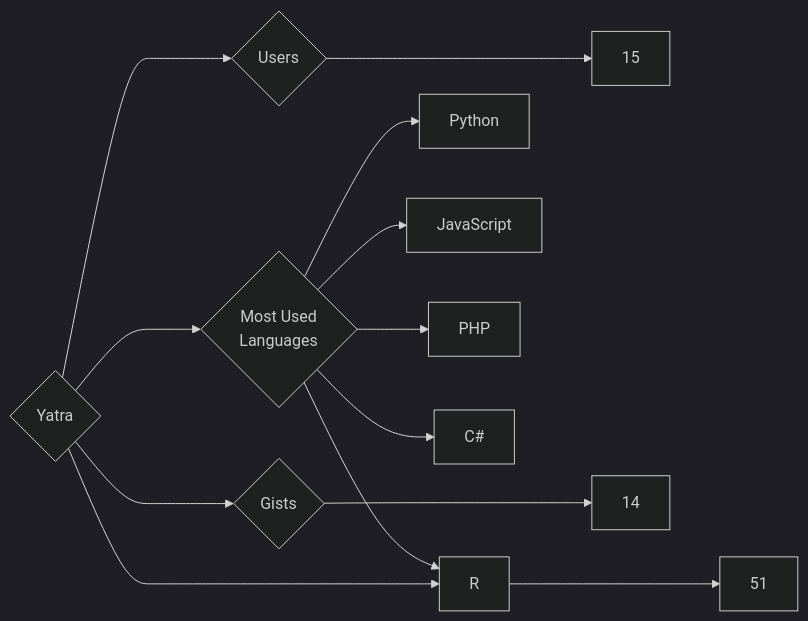
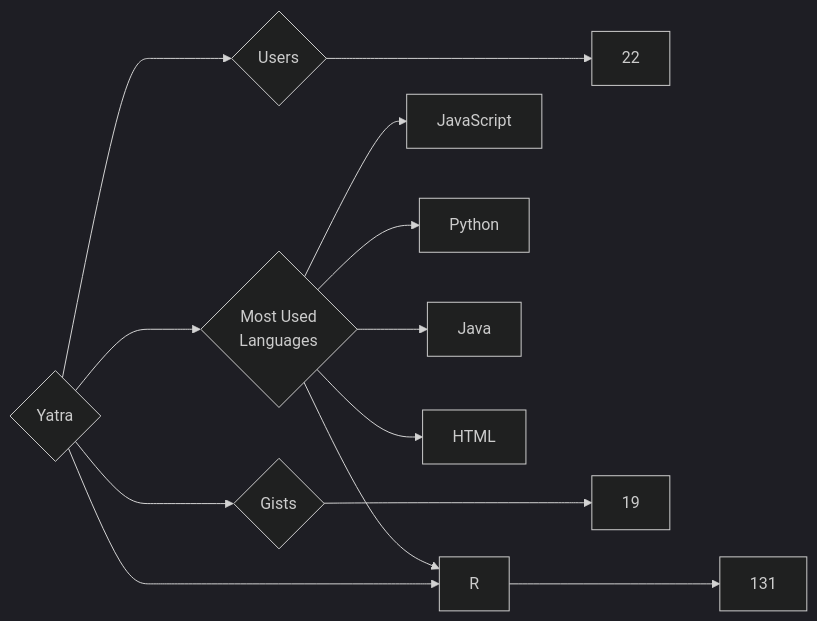
Before and after one commit to trickest/insiders: the diagram in targets/Yatra/README.md, drawn with Mermaid (dark theme). The commit also changed 829 other files, not shown here.

````diff
--- a/targets/Yatra/README.md
+++ b/targets/Yatra/README.md
@@ -3,13 +3,13 @@
 ```mermaid
 graph LR
 COMPANY_NAME{Yatra}
-COMPANY_NAME ---> U{Users} ---> UN[15]
-COMPANY_NAME ---> R{Repositories} ---> RN[51]
-COMPANY_NAME ---> G{Gists} ---> GN[14]
+COMPANY_NAME ---> U{Users} ---> UN[22]
+COMPANY_NAME ---> R{Repositories} ---> RN[131]
+COMPANY_NAME ---> G{Gists} ---> GN[19]
 COMPANY_NAME ---> ML{Most Used<br>Languages}
+ML --> JavaScript[JavaScript]
 ML --> Python[Python]
 ML --> R[R]
-ML --> JavaScript[JavaScript]
-ML --> PHP[PHP]
-ML --> C#[C#]
+ML --> Java[Java]
+ML --> HTML[HTML]
 ```
````
